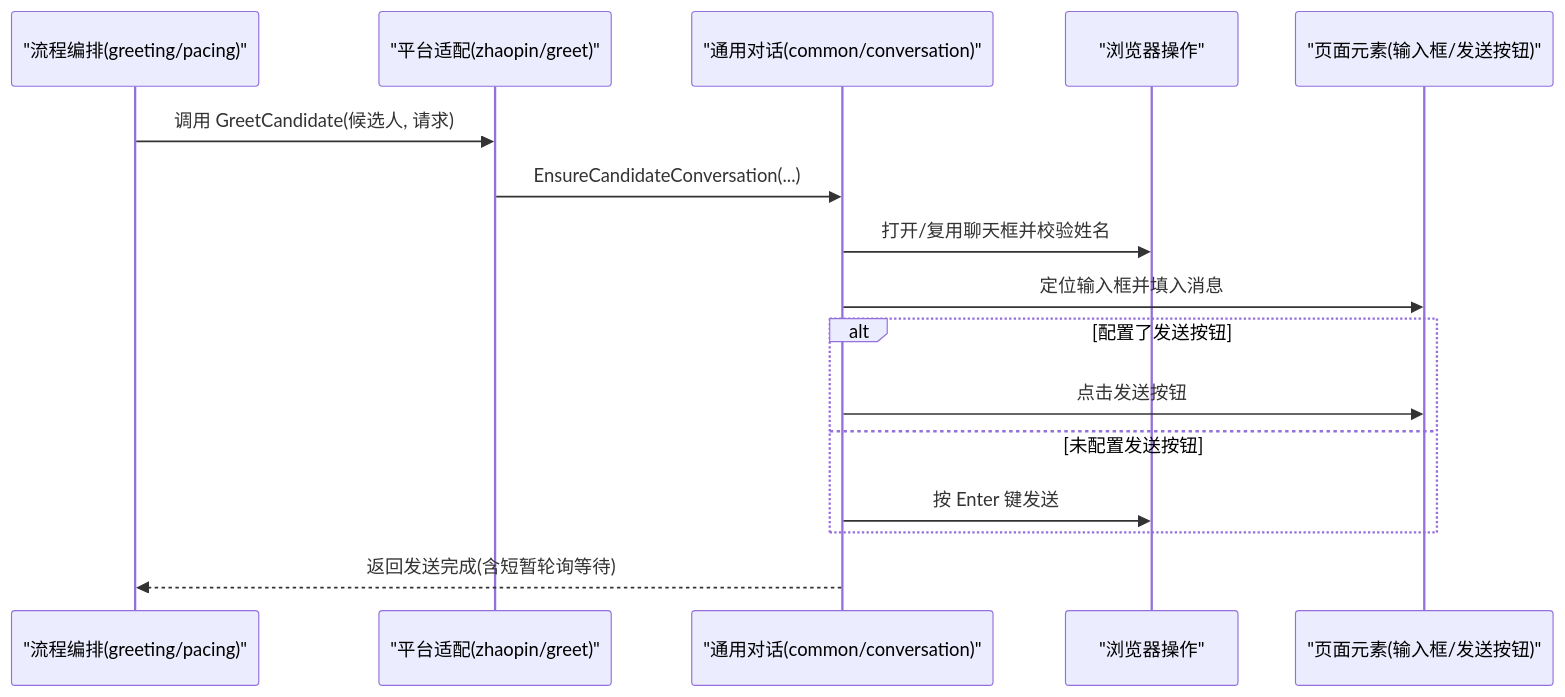
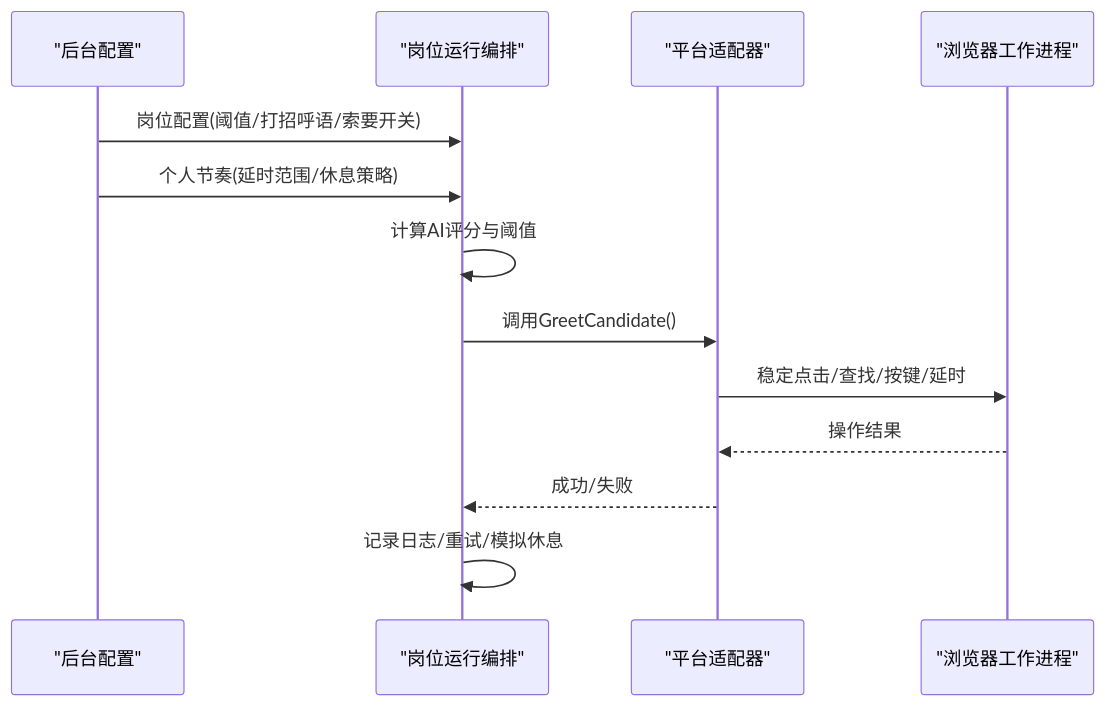
One commit to alvinwangzi/goodhr changed the second of 6 diagrams in .qoder/repowiki/zh/content/本地执行器/平台适配器/前程无忧适配器/自动打招呼.md. Above: the diagram before and after it, drawn with Mermaid. The commit also changed other lines of this file and 149 other files, not shown here.

````diff
--- a/.qoder/repowiki/zh/content/本地执行器/平台适配器/前程无忧适配器/自动打招呼.md
+++ b/.qoder/repowiki/zh/content/本地执行器/平台适配器/前程无忧适配器/自动打招呼.md
@@ -101,18 +112,15 @@
 ```mermaid
 sequenceDiagram
-participant Flow as "流程编排(greeting/pacing)"
-participant Plat as "平台适配(zhaopin/greet)"
-participant Conv as "通用对话(common/conversation)"
-participant Browser as "浏览器操作"
-participant UI as "页面元素(输入框/发送按钮)"
-Flow->>Plat : 调用 GreetCandidate(候选人, 请求)
-Plat->>Conv : EnsureCandidateConversation(...)
-Conv->>Browser : 打开/复用聊天框并校验姓名
-Conv->>UI : 定位输入框并填入消息
-alt 配置了发送按钮
-Conv->>UI : 点击发送按钮
-else 未配置发送按钮
-Conv->>Browser : 按 Enter 键发送
-end
-Conv-->>Flow : 返回发送完成(含短暂轮询等待)
+participant Admin as "后台配置"
+participant Runner as "岗位运行编排"
+participant Platform as "平台适配器"
+participant Worker as "浏览器工作进程"
+Admin->>Runner : 岗位配置(阈值/打招呼语/索要开关)
+Admin->>Runner : 个人节奏(延时范围/休息策略)
+Runner->>Runner : 计算AI评分与阈值
+Runner->>Platform : 调用GreetCandidate()
+Platform->>Worker : 稳定点击/查找/按键/延时
+Worker-->>Platform : 操作结果
+Platform-->>Runner : 成功/失败
+Runner->>Runner : 记录日志/重试/模拟休息
 ```
````
